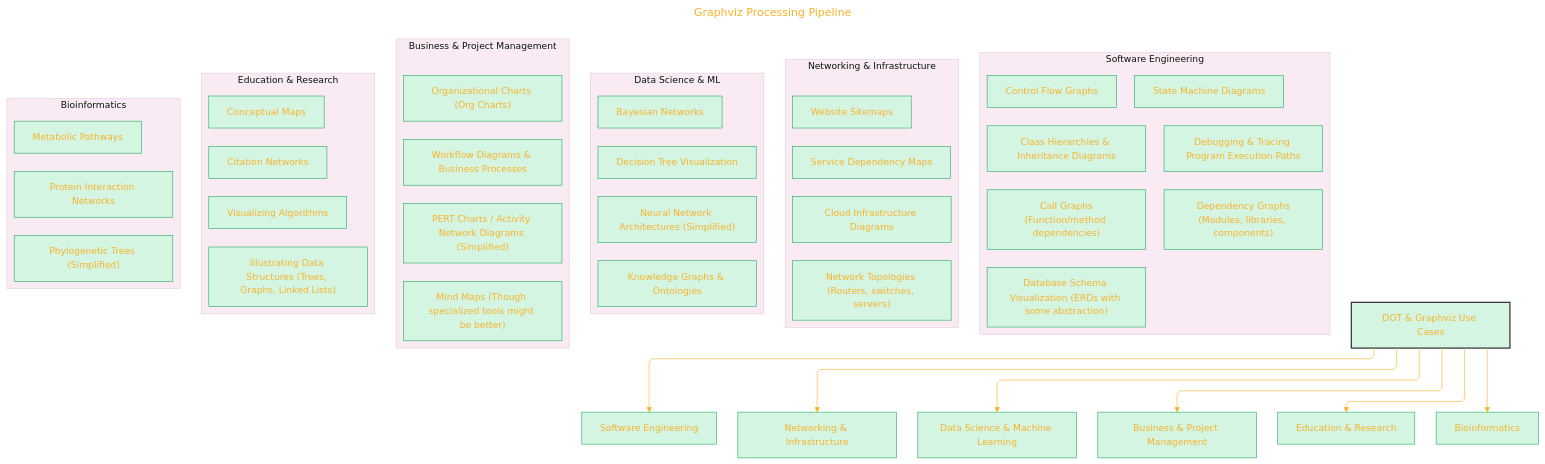
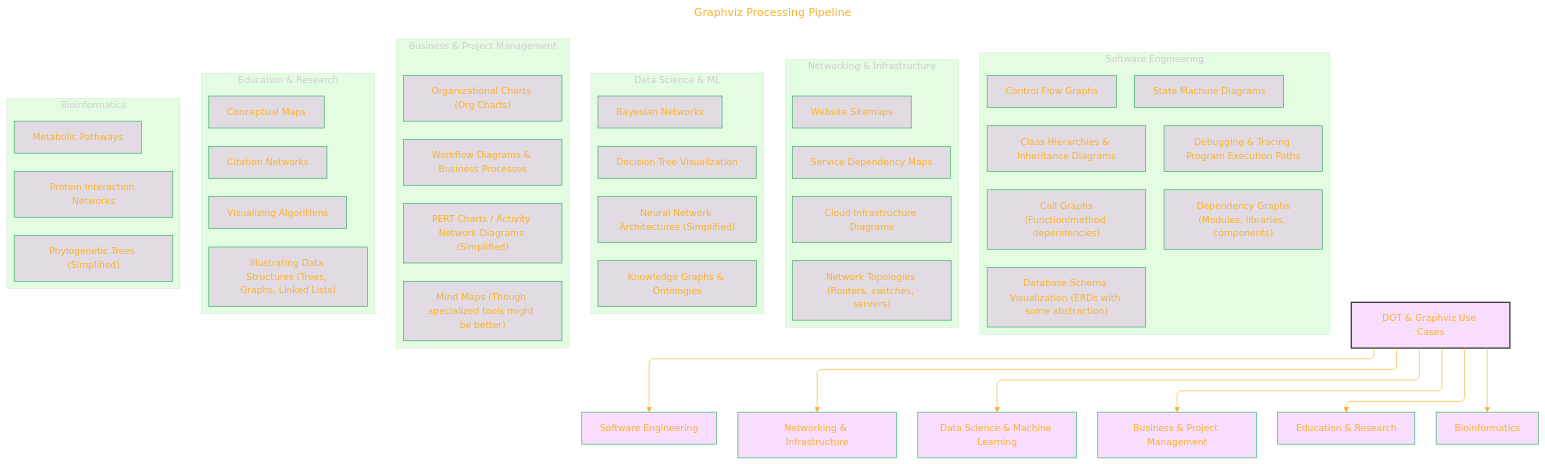
One commit to CongLeSolutionX/The-Language-Atlas changed the first of 2 diagrams in regions/DOT_language/PART_2/01_Common_Use_Cases.md. Above: the diagram before and after it, drawn with Mermaid. The commit also changed 10 other files, not shown here.

```diff
--- a/regions/DOT_language/PART_2/01_Common_Use_Cases.md
+++ b/regions/DOT_language/PART_2/01_Common_Use_Cases.md
@@ -39,7 +39,7 @@
     'flowchart': { 'htmlLabels': true, 'curve': 'linear' },
     'fontFamily': 'Monaco',
     'themeVariables': {
-      'primaryColor': '#D5F5E3',
+      'primaryColor': '#D5E3',
       'primaryTextColor': '#F8B229',
       'lineColor': '#F8B229',
       'primaryBorderColor': '#27AE60',
```
